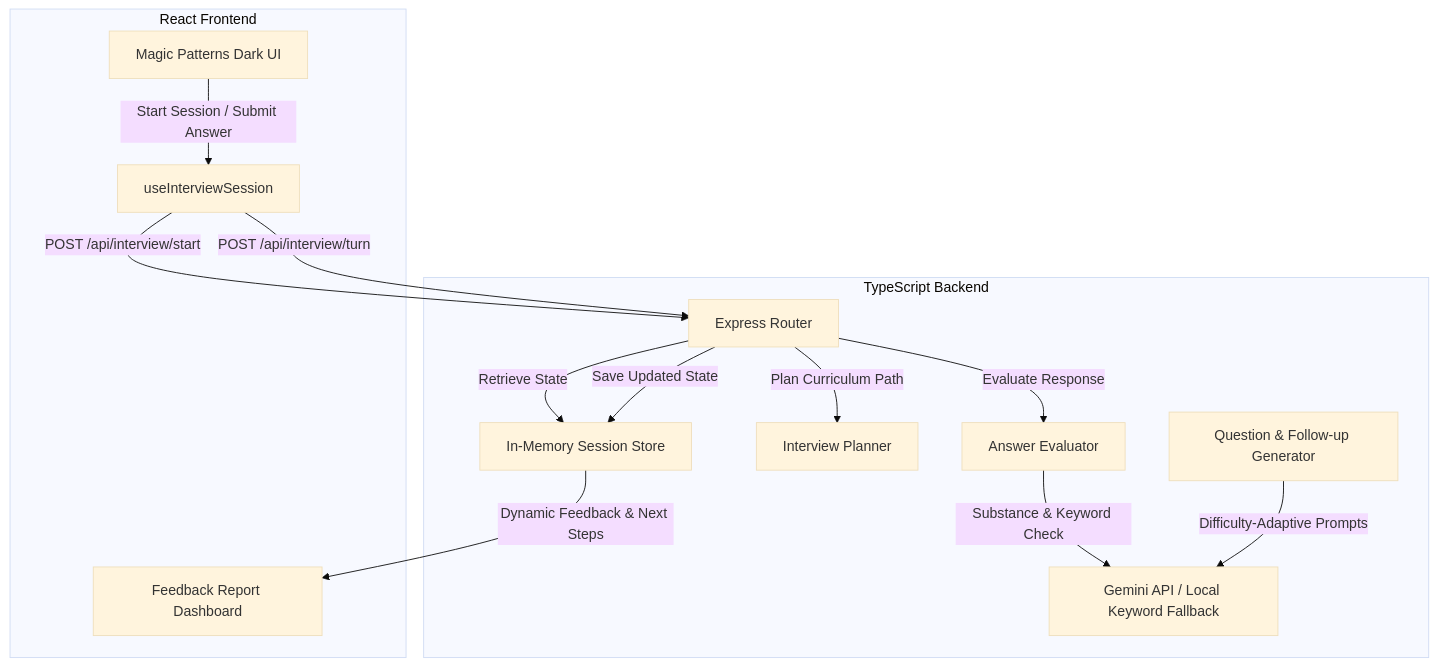
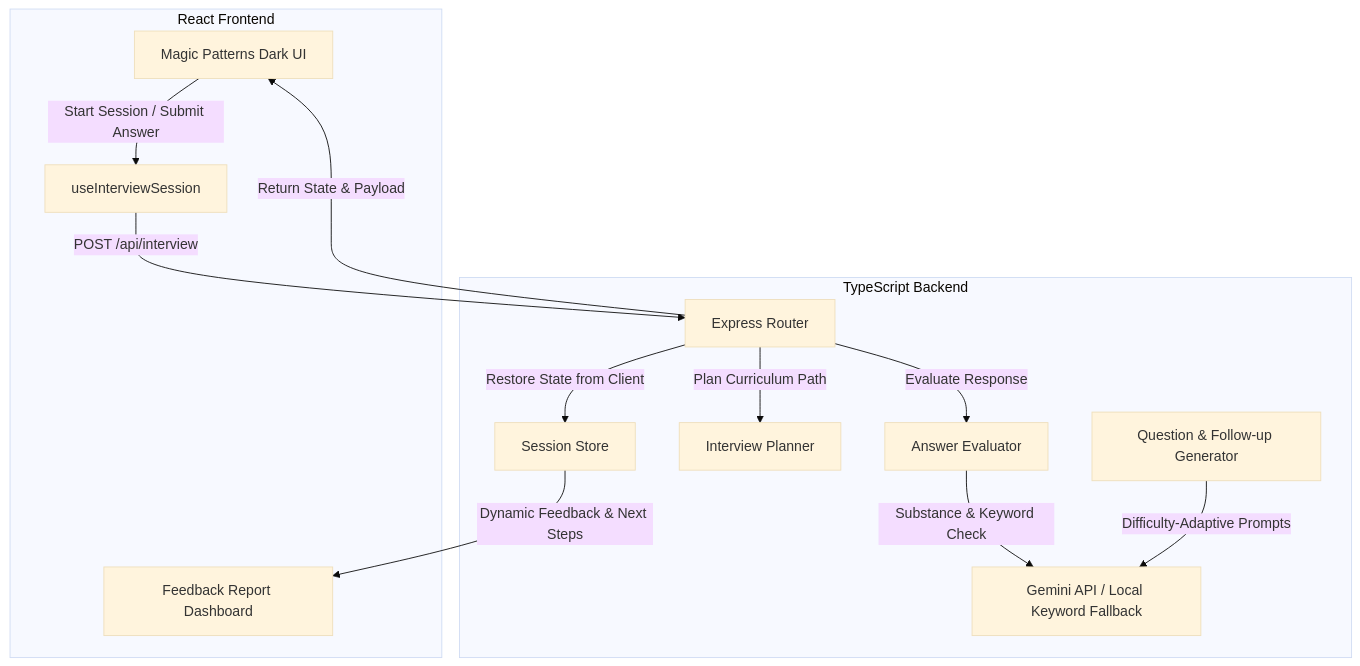
Before and after one commit to WHENKEY2007/Interview-Agent: the diagram in README.md, drawn with Mermaid (base theme). The commit also changed other lines of this file, not shown here.

Commit message:
docs: update README documentation to reflect the transition to a stateless, serverless-compatible session architecture.

````diff
--- a/README.md
+++ b/README.md
@@ -13,31 +13,30 @@
 ```mermaid
 graph TD
     subgraph Client [React Frontend]
         UI[Magic Patterns Dark UI]
         SessionHook[useInterviewSession]
         Report[Feedback Report Dashboard]
     end
 
     subgraph Server [TypeScript Backend]
         API[Express Router]
-        Store[In-Memory Session Store]
+        Store[Session Store]
         Planner[Interview Planner]
         Evaluator[Answer Evaluator]
         Generator[Question & Follow-up Generator]
         LLM[Gemini API / Local Keyword Fallback]
     end
 
     UI -->|Start Session / Submit Answer| SessionHook
-    SessionHook -->|POST /api/interview/start| API
-    SessionHook -->|POST /api/interview/turn| API
+    SessionHook -->|POST /api/interview| API
     
-    API -->|Retrieve State| Store
+    API -->|Restore State from Client| Store
     API -->|Evaluate Response| Evaluator
     API -->|Plan Curriculum Path| Planner
     
     Evaluator -->|Substance & Keyword Check| LLM
     Generator -->|Difficulty-Adaptive Prompts| LLM
     
-    API -->|Save Updated State| Store
+    API -->|Return State & Payload| UI
     Store -->|Dynamic Feedback & Next Steps| Report
 ```
````
